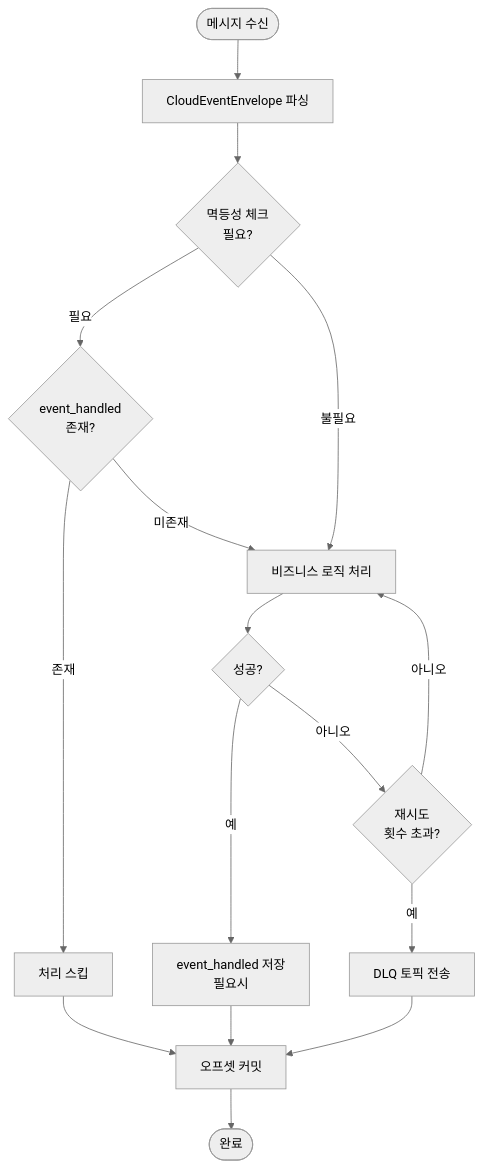
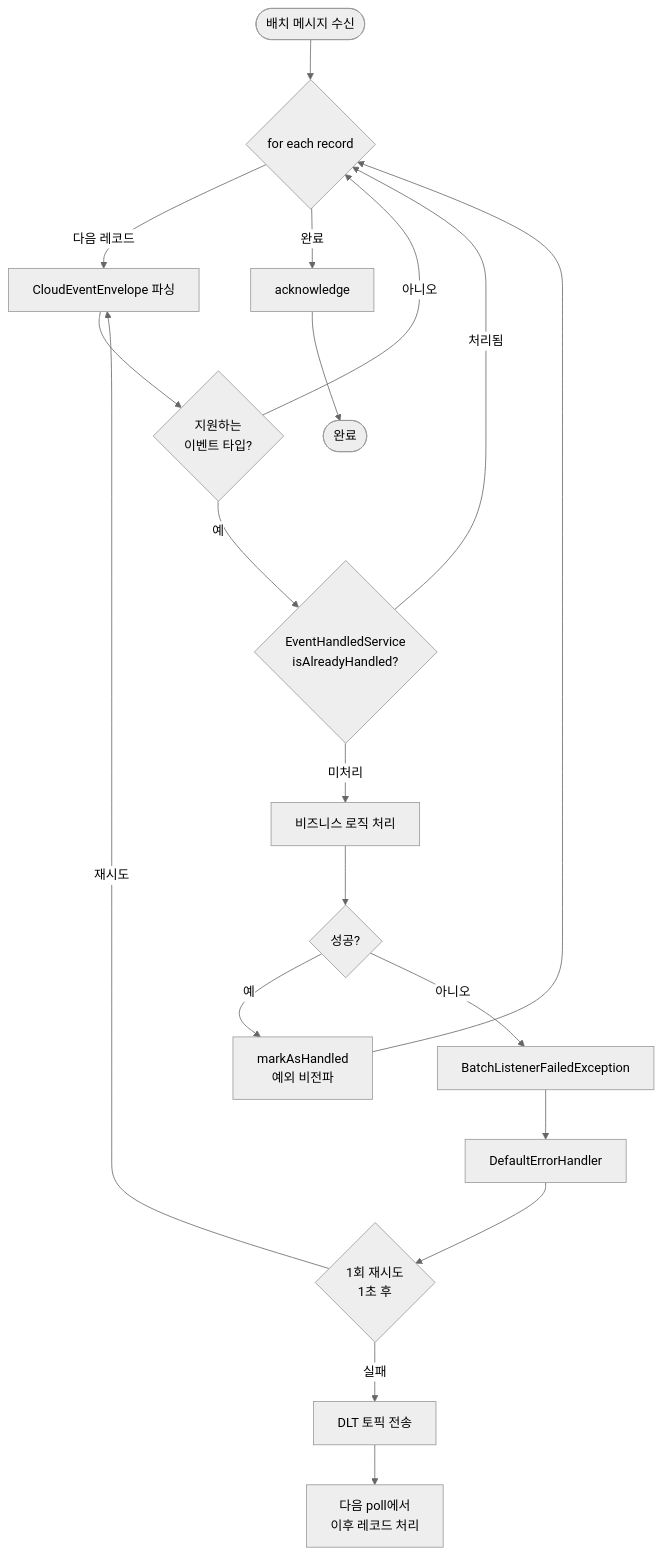
One commit to Loopers-dev-lab/loopers-spring-kotlin-template changed the third of 4 diagrams in docs/week8/round8-detailed-design.md. Above: the diagram before and after it, drawn with Mermaid (neutral theme). The commit also changed other lines of this file and 17 other files, not shown here.

First line of the commit message:
refactor: EventHandledService 추가 및 멱등성 처리 리팩토링

````diff
--- a/docs/week8/round8-detailed-design.md
+++ b/docs/week8/round8-detailed-design.md
@@ -134,18 +136,21 @@
 ```mermaid
 flowchart TD
-    Start([메시지 수신]) --> Parse[CloudEventEnvelope 파싱]
-    Parse --> CheckIdempotency{멱등성 체크<br/>필요?}
-    CheckIdempotency -->|필요| CheckHandled{event_handled<br/>존재?}
-    CheckHandled -->|존재| Skip[처리 스킵]
-    Skip --> Ack
-    CheckHandled -->|미존재| Process[비즈니스 로직 처리]
-    CheckIdempotency -->|불필요| Process
+    Start([배치 메시지 수신]) --> Loop{for each record}
+    Loop -->|다음 레코드| Parse[CloudEventEnvelope 파싱]
+    Parse --> CheckType{지원하는<br/>이벤트 타입?}
+    CheckType -->|아니오| Loop
+    CheckType -->|예| CheckHandled{EventHandledService<br/>isAlreadyHandled?}
+    CheckHandled -->|처리됨| Loop
+    CheckHandled -->|미처리| Process[비즈니스 로직 처리]
     Process --> Success{성공?}
-    Success -->|예| SaveHandled[event_handled 저장<br/>필요시]
-    SaveHandled --> Ack[오프셋 커밋]
+    Success -->|예| MarkHandled[markAsHandled<br/>예외 비전파]
+    MarkHandled --> Loop
+    Success -->|아니오| Throw[BatchListenerFailedException]
+    Throw --> ErrorHandler[DefaultErrorHandler]
+    ErrorHandler --> Retry{1회 재시도<br/>1초 후}
+    Retry -->|재시도| Parse
+    Retry -->|실패| DLT[DLT 토픽 전송]
+    DLT --> NextPoll[다음 poll에서<br/>이후 레코드 처리]
+    Loop -->|완료| Ack[acknowledge]
     Ack --> End1([완료])
-    Success -->|아니오| Retry{재시도<br/>횟수 초과?}
-    Retry -->|아니오| Process
-    Retry -->|예| DLQ[DLQ 토픽 전송]
-    DLQ --> Ack
 ```
````
